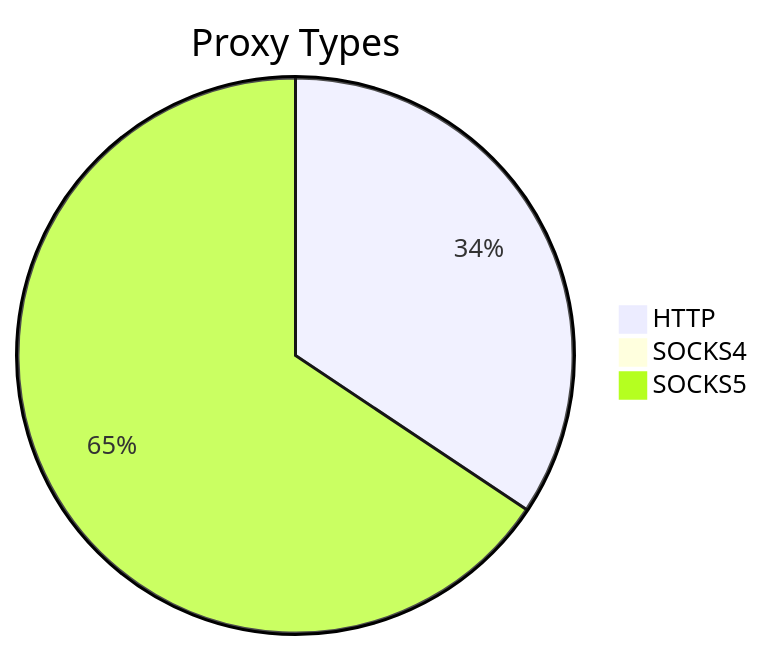
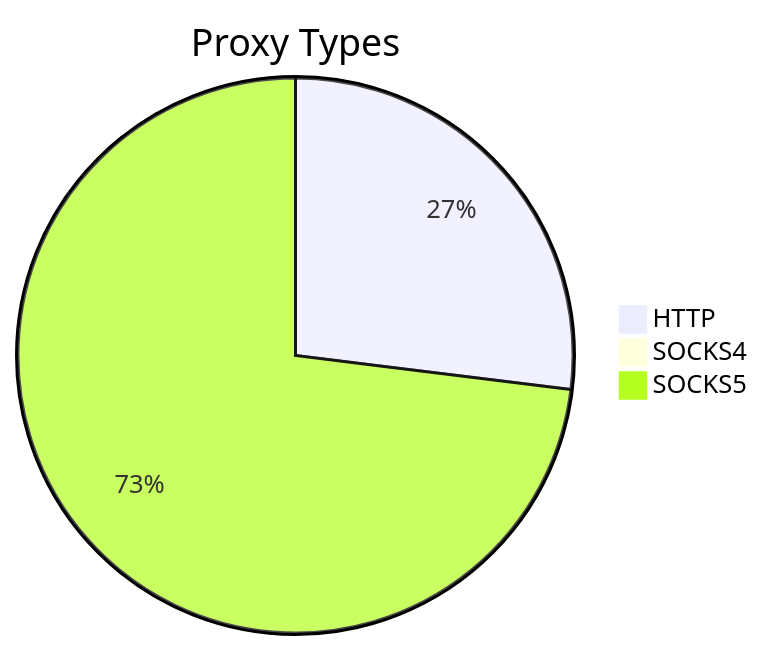
The first of 2 diagrams in README.md (stormsia/proxy-list), drawn with Mermaid before and after one commit. The commit also changed other lines of this file, not shown here.

````diff
--- a/README.md
+++ b/README.md
@@ -21,6 +21,6 @@
 ```mermaid
 pie title Proxy Types
-    "HTTP" : 1382
-    "SOCKS4" : 15
-    "SOCKS5" : 2640
+    "HTTP" : 645
+    "SOCKS4" : 2
+    "SOCKS5" : 1748
 ```
````
